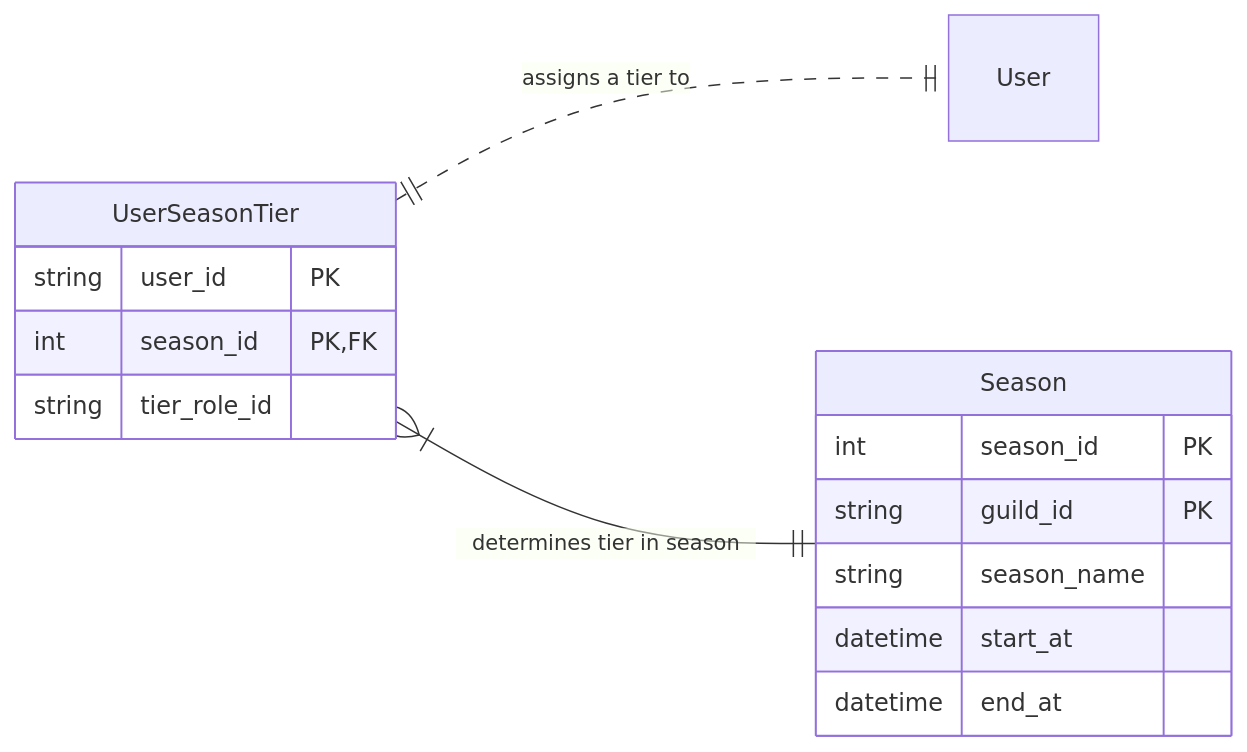
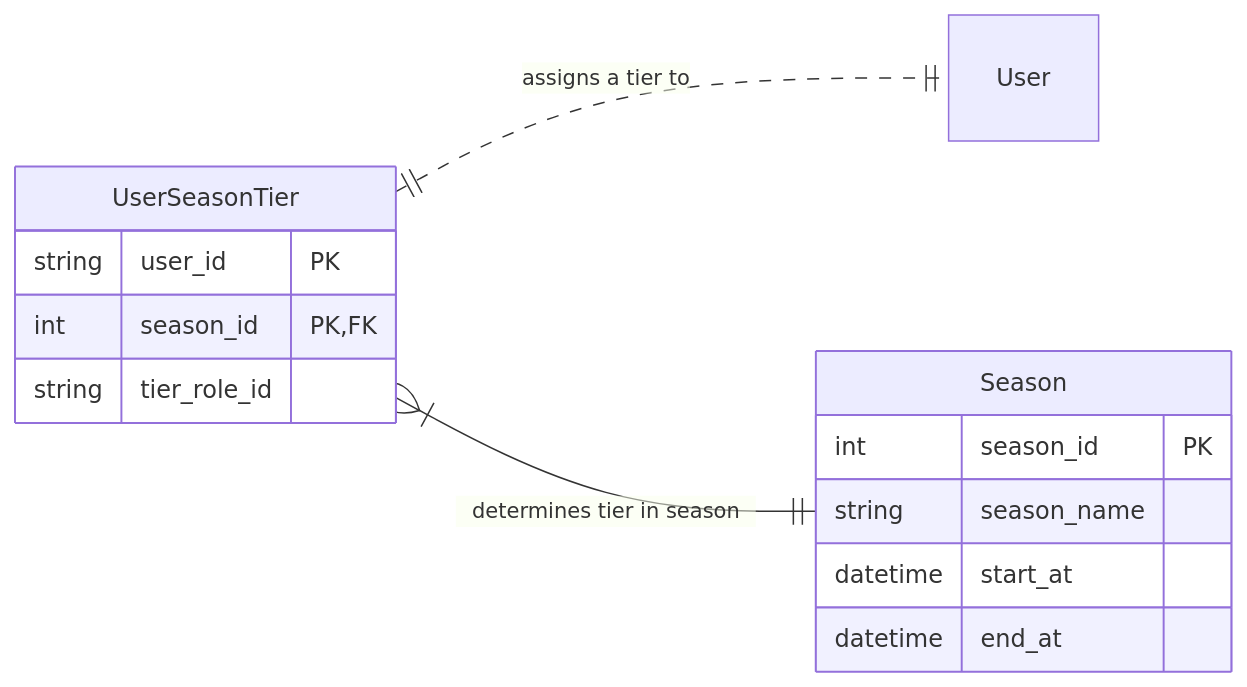
The fourth of 4 diagrams in apps/docsite/docs/Internal/database.md (aureateAnatidae/grindcord), drawn with Mermaid before and after one commit. The commit also changed other lines of this file and 1 other file, not shown here.

Commit message:
docs: Add design of GuildSeason table to docsite

````diff
--- a/apps/docsite/docs/Internal/database.md
+++ b/apps/docsite/docs/Internal/database.md
@@ -99,18 +98,17 @@
 ```mermaid
 erDiagram
     direction LR
     UserSeasonTier {
         string      user_id     PK
         int         season_id   PK,FK
         string      tier_role_id
     }
     Season {
         int         season_id   PK
-        string      guild_id    PK
         string      season_name
         datetime    start_at
         datetime    end_at
     }
     UserSeasonTier ||..|| User: "assigns a tier to"
     UserSeasonTier }|--|| Season: "determines tier in season"
 ```
````
